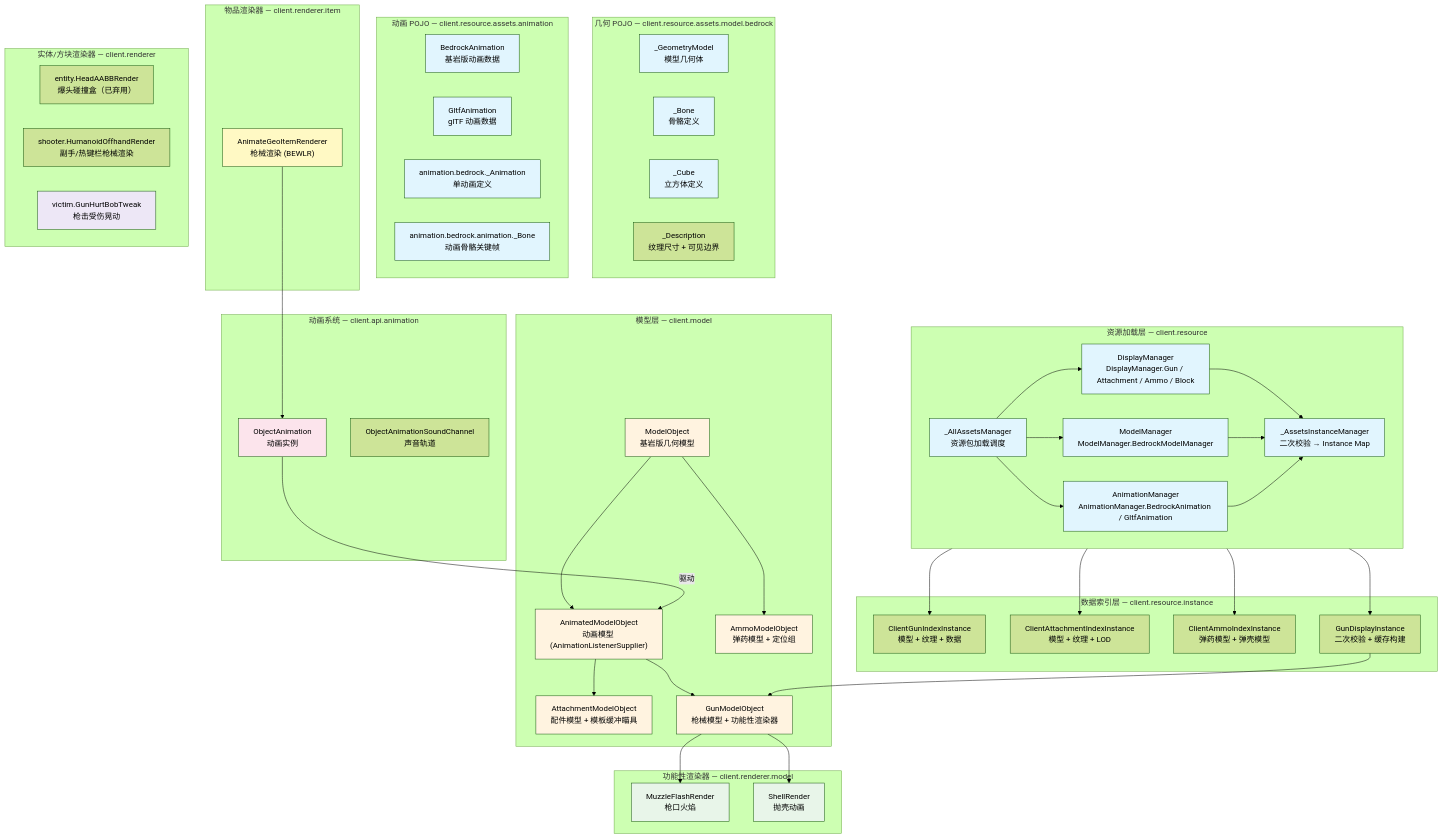
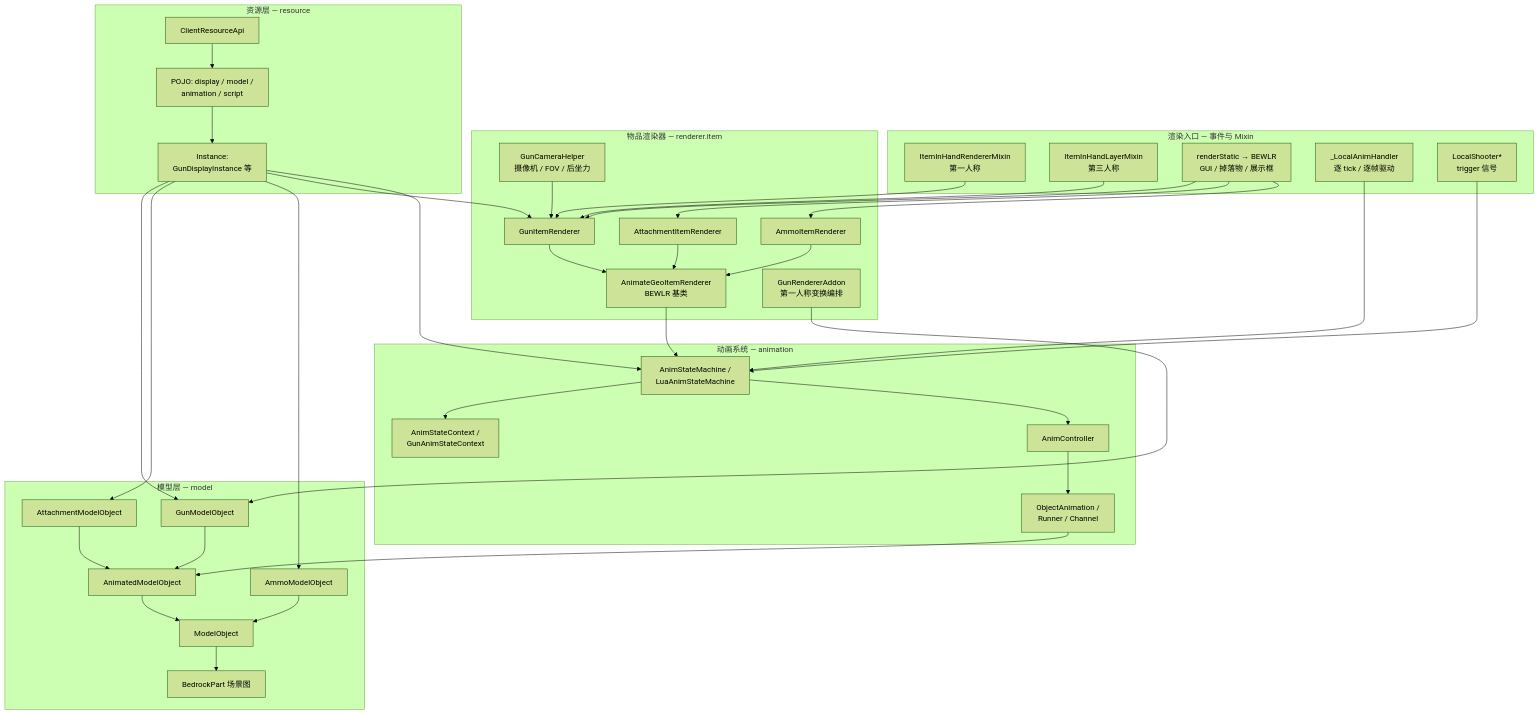
One commit to XColorful/Custom-Gun-Continued changed the diagram in docs/architecture/client/render/Home.md. Above: the diagram before and after it, drawn with Mermaid (forest theme). The commit also changed other lines of this file and 14 other files, not shown here.

````diff
--- a/docs/architecture/client/render/Home.md
+++ b/docs/architecture/client/render/Home.md
@@ -7,108 +7,75 @@
 ```mermaid
 graph TB
-    subgraph "资源加载层 — client.resource"
-        direction LR
-        RES_MGR["_AllAssetsManager<br/>资源包加载调度"]
-        DISPLAY_MGR["DisplayManager<br/>DisplayManager.Gun / Attachment / Ammo / Block"]
-        MODEL_MGR["ModelManager<br/>ModelManager.BedrockModelManager"]
-        ANIM_MGR["AnimationManager<br/>AnimationManager.BedrockAnimation / GltfAnimation"]
-        INSTANCE["_AssetsInstanceManager<br/>二次校验 → Instance Map"]
-
-        RES_MGR --> DISPLAY_MGR
-        RES_MGR --> MODEL_MGR
-        RES_MGR --> ANIM_MGR
-        DISPLAY_MGR --> INSTANCE
-        MODEL_MGR --> INSTANCE
-        ANIM_MGR --> INSTANCE
+    subgraph L1["渲染入口 — 事件与 Mixin"]
+        E_FP["ItemInHandRendererMixin<br/>第一人称"]
+        E_TP["ItemInHandLayerMixin<br/>第三人称"]
+        E_BEWLR["renderStatic → BEWLR<br/>GUI / 掉落物 / 展示框"]
+        E_TICK["_LocalAnimHandler<br/>逐 tick / 逐帧驱动"]
+        E_TRIG["LocalShooter*<br/>trigger 信号"]
     end
 
-    subgraph "数据索引层 — client.resource.instance"
-        GUN_IDX["ClientGunIndexInstance<br/>模型 + 纹理 + 数据"]
-        ATCH_IDX["ClientAttachmentIndexInstance<br/>模型 + 纹理 + LOD"]
-        AMMO_IDX["ClientAmmoIndexInstance<br/>弹药模型 + 弹壳模型"]
-        GUN_DISP["GunDisplayInstance<br/>二次校验 + 缓存构建"]
+    subgraph L2["物品渲染器 — renderer.item"]
+        R_BASE["AnimateGeoItemRenderer<br/>BEWLR 基类"]
+        R_GUN["GunItemRenderer"]
+        R_ATCH["AttachmentItemRenderer"]
+        R_AMMO["AmmoItemRenderer"]
+        R_ADDON["GunRendererAddon<br/>第一人称变换编排"]
+        R_CAM["GunCameraHelper<br/>摄像机 / FOV / 后坐力"]
     end
 
-    subgraph "模型层 — client.model"
-        MO["ModelObject<br/>基岩版几何模型"]
-        AMO["AnimatedModelObject<br/>动画模型 (AnimationListenerSupplier)"]
-        ATMO["AttachmentModelObject<br/>配件模型 + 模板缓冲瞄具"]
-        GMO["GunModelObject<br/>枪械模型 + 功能性渲染器"]
-        AMMO_MO["AmmoModelObject<br/>弹药模型 + 定位组"]
-
-        MO --> AMO
-        AMO --> ATMO
-        AMO --> GMO
-        MO --> AMMO_MO
+    subgraph L3["模型层 — model"]
+        M_BASE["ModelObject"]
+        M_ANIM["AnimatedModelObject"]
+        M_GUN["GunModelObject"]
+        M_ATCH["AttachmentModelObject"]
+        M_AMMO["AmmoModelObject"]
+        M_PART["BedrockPart 场景图"]
     end
 
-    subgraph "几何 POJO — client.resource.assets.model.bedrock"
-        GEOM["_GeometryModel<br/>模型几何体"]
-        BONE["_Bone<br/>骨骼定义"]
-        CUBE["_Cube<br/>立方体定义"]
-        DESC["_Description<br/>纹理尺寸 + 可见边界"]
+    subgraph L4["动画系统 — animation"]
+        A_SM["AnimStateMachine /<br/>LuaAnimStateMachine"]
+        A_CTX["AnimStateContext /<br/>GunAnimStateContext"]
+        A_CTRL["AnimController"]
+        A_OBJ["ObjectAnimation /<br/>Runner / Channel"]
     end
 
-    subgraph "功能性渲染器 — client.renderer.model"
-        MFR["MuzzleFlashRender<br/>枪口火焰"]
-        SR["ShellRender<br/>抛壳动画"]
+    subgraph L5["资源层 — resource"]
+        S_API["ClientResourceApi"]
+        S_POJO["POJO: display / model /<br/>animation / script"]
+        S_INST["Instance:<br/>GunDisplayInstance 等"]
     end
 
-    subgraph "动画 POJO — client.resource.assets.animation"
-        BA["BedrockAnimation<br/>基岩版动画数据"]
-        GA["GltfAnimation<br/>glTF 动画数据"]
-        AB["animation.bedrock._Animation<br/>单动画定义"]
-        AKB["animation.bedrock.animation._Bone<br/>动画骨骼关键帧"]
-    end
+    E_FP --> R_GUN
+    E_TP --> R_GUN
+    E_BEWLR --> R_GUN
+    E_BEWLR --> R_ATCH
+    E_BEWLR --> R_AMMO
+    E_TICK --> A_SM
+    E_TRIG --> A_SM
 
-    subgraph "动画系统 — client.api.animation"
-        OA["ObjectAnimation<br/>动画实例"]
-        OSC["ObjectAnimationSoundChannel<br/>声音轨道"]
-    end
+    R_GUN --> R_BASE
+    R_ATCH --> R_BASE
+    R_AMMO --> R_BASE
+    R_BASE --> A_SM
+    R_ADDON --> M_GUN
+    R_CAM --> R_GUN
 
-    subgraph "物品渲染器 — client.renderer.item"
-        GW["AnimateGeoItemRenderer<br/>枪械渲染 (BEWLR)"]
-    end
+    M_GUN --> M_ANIM
+    M_ATCH --> M_ANIM
+    M_ANIM --> M_BASE
+    M_AMMO --> M_BASE
+    M_BASE --> M_PART
 
-    subgraph "实体/方块渲染器 — client.renderer"
-        EBR["entity.HeadAABBRender<br/>爆头碰撞盒（已弃用）"]
-        HOR["shooter.HumanoidOffhandRender<br/>副手/热键栏枪械渲染"]
-        GHT["victim.GunHurtBobTweak<br/>枪击受伤晃动"]
-    end
+    A_SM --> A_CTX
+    A_SM --> A_CTRL
+    A_CTRL --> A_OBJ
+    A_OBJ --> M_ANIM
 
-    INSTANCE --> GUN_DISP
-    INSTANCE --> GUN_IDX
-    INSTANCE --> ATCH_IDX
-    INSTANCE --> AMMO_IDX
-
-    GUN_DISP --> GMO
-
-    GMO --> MFR
-    GMO --> SR
-
-    GW --> OA
-    OA -->|"驱动"| AMO
-
-    style RES_MGR fill:#e1f5fe
-    style DISPLAY_MGR fill:#e1f5fe
-    style MODEL_MGR fill:#e1f5fe
-    style ANIM_MGR fill:#e1f5fe
-    style INSTANCE fill:#e1f5fe
-    style GEOM fill:#e1f5fe
-    style BONE fill:#e1f5fe
-    style CUBE fill:#e1f5fe
-    style BA fill:#e1f5fe
-    style GA fill:#e1f5fe
-    style AB fill:#e1f5fe
-    style AKB fill:#e1f5fe
-    style MO fill:#fff3e0
-    style AMO fill:#fff3e0
-    style ATMO fill:#fff3e0
-    style GMO fill:#fff3e0
-    style AMMO_MO fill:#fff3e0
-    style MFR fill:#e8f5e9
-    style SR fill:#e8f5e9
-    style OA fill:#fce4ec
-    style GW fill:#fff9c4
-    style GHT fill:#ede7f6
+    S_API --> S_POJO
+    S_POJO --> S_INST
+    S_INST --> M_GUN
+    S_INST --> M_ATCH
+    S_INST --> M_AMMO
+    S_INST --> R_GUN
+    S_INST --> A_SM
 ```
````
